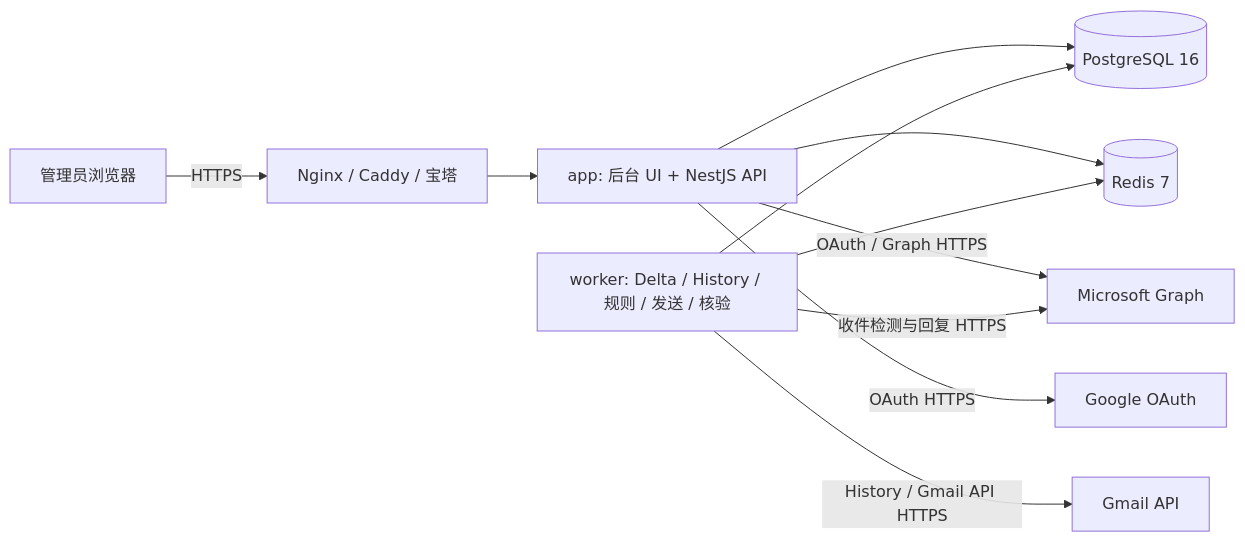
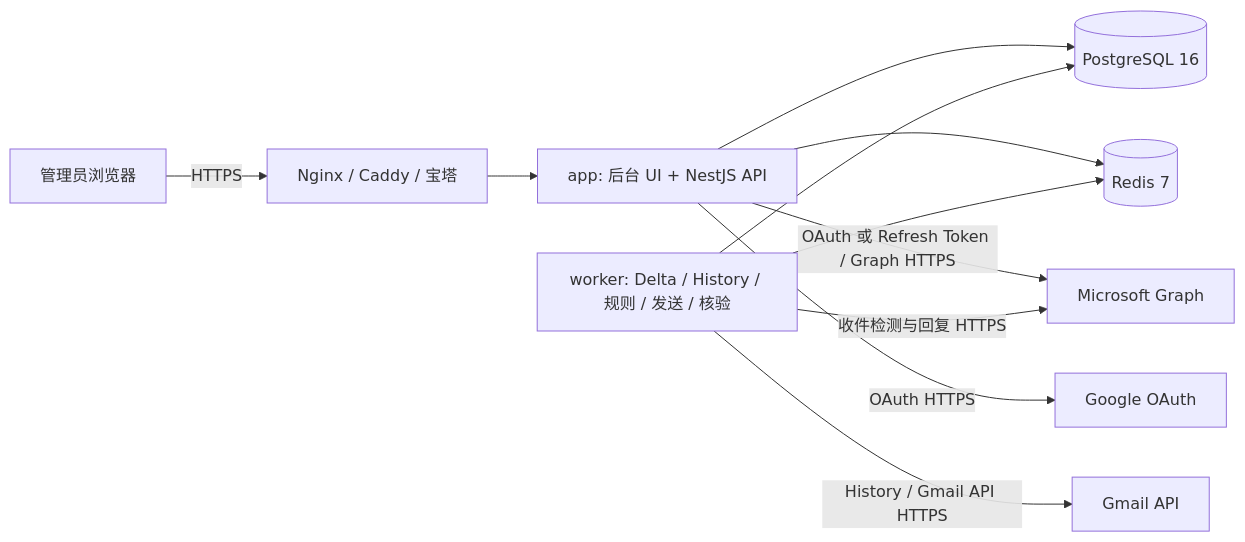
One commit to a06342637/Email-reply changed the diagram in README.md. Above: the diagram before and after it, drawn with Mermaid. The commit also changed other lines of this file and 33 other files, not shown here.

Commit message:
feat: add Microsoft refresh token import

````diff
--- a/README.md
+++ b/README.md
@@ -85,13 +85,13 @@
 ```mermaid
 flowchart LR
     U[管理员浏览器] -->|HTTPS| P[Nginx / Caddy / 宝塔]
     P --> A[app: 后台 UI + NestJS API]
     A --> PG[(PostgreSQL 16)]
     A --> R[(Redis 7)]
     W[worker: Delta / History / 规则 / 发送 / 核验] --> PG
     W --> R
-    A -->|OAuth / Graph HTTPS| M[Microsoft Graph]
+    A -->|OAuth 或 Refresh Token / Graph HTTPS| M[Microsoft Graph]
     W -->|收件检测与回复 HTTPS| M
     A -->|OAuth HTTPS| G[Google OAuth]
     W -->|History / Gmail API HTTPS| GA[Gmail API]
 ```
````
